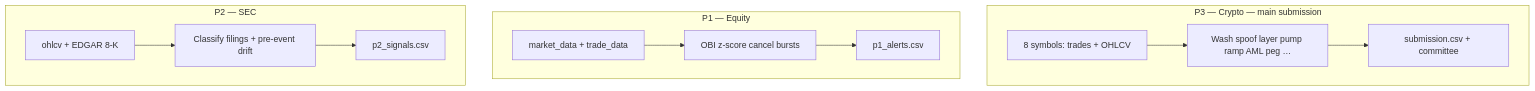
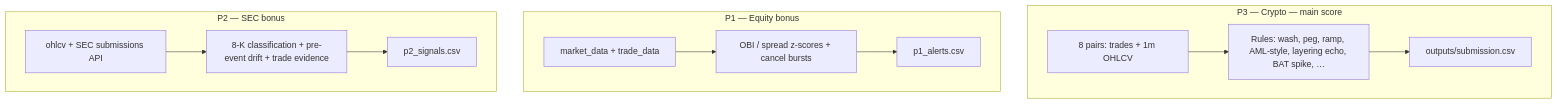
The second of 3 diagrams in README.md (Tirth-1999/trade-surveillance-platform), drawn with Mermaid before and after one commit. The commit also changed other lines of this file and 26 other files, not shown here.

````diff
--- a/README.md
+++ b/README.md
@@ -33,18 +47,18 @@
 ```mermaid
 flowchart TB
-  subgraph p3 [P3 — Crypto — main submission]
-    T[8 symbols: trades + OHLCV]
-    D3[Wash spoof layer pump ramp AML peg …]
-    T --> D3 --> S[submission.csv + committee]
+  subgraph p3 [P3 — Crypto — main score]
+    T[8 pairs: trades + 1m OHLCV]
+    D3[Rules: wash, peg, ramp, AML-style, layering echo, BAT spike, …]
+    T --> D3 --> S[outputs/submission.csv]
   end
-  subgraph p1 [P1 — Equity]
+  subgraph p1 [P1 — Equity bonus]
     M[market_data + trade_data]
-    D1[OBI z-score cancel bursts]
+    D1[OBI / spread z-scores + cancel bursts]
     M --> D1 --> A[p1_alerts.csv]
   end
-  subgraph p2 [P2 — SEC]
-    E[ohlcv + EDGAR 8-K]
-    D2[Classify filings + pre-event drift]
+  subgraph p2 [P2 — SEC bonus]
+    E[ohlcv + SEC submissions API]
+    D2[8-K classification + pre-event drift + trade evidence]
     E --> D2 --> G[p2_signals.csv]
   end
 ```
````
